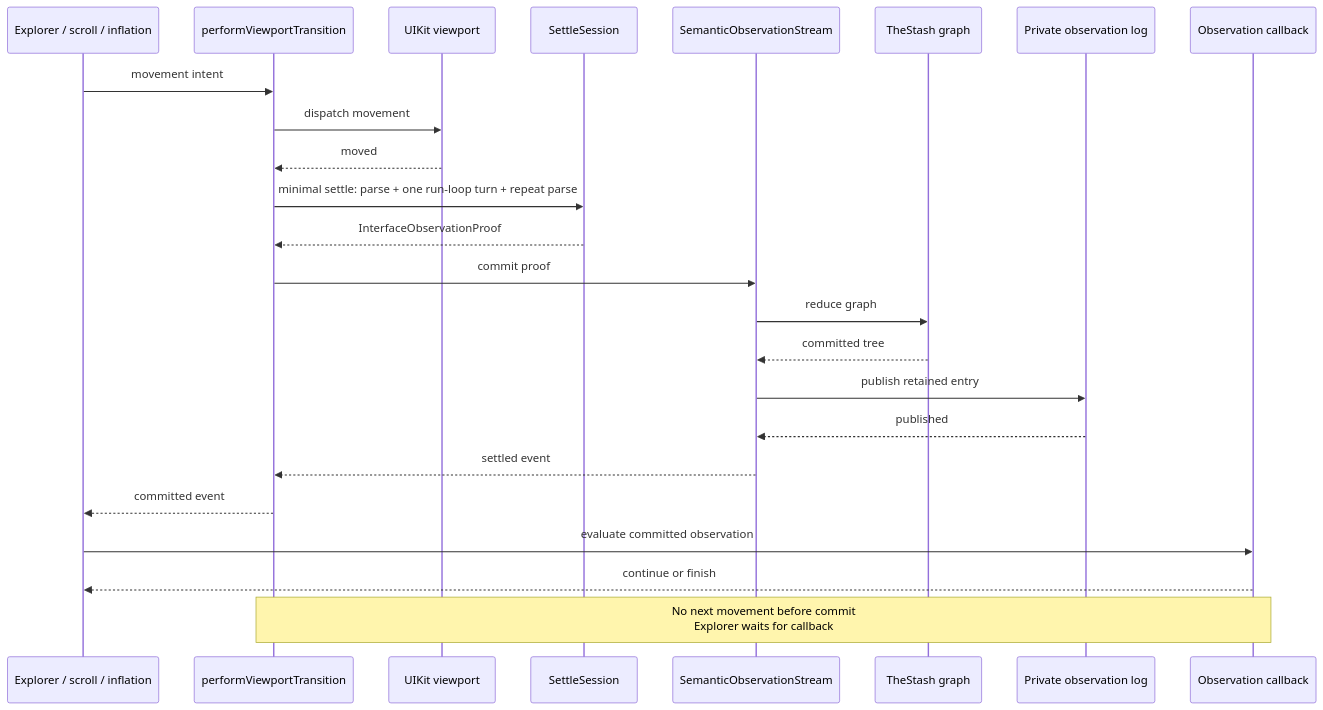
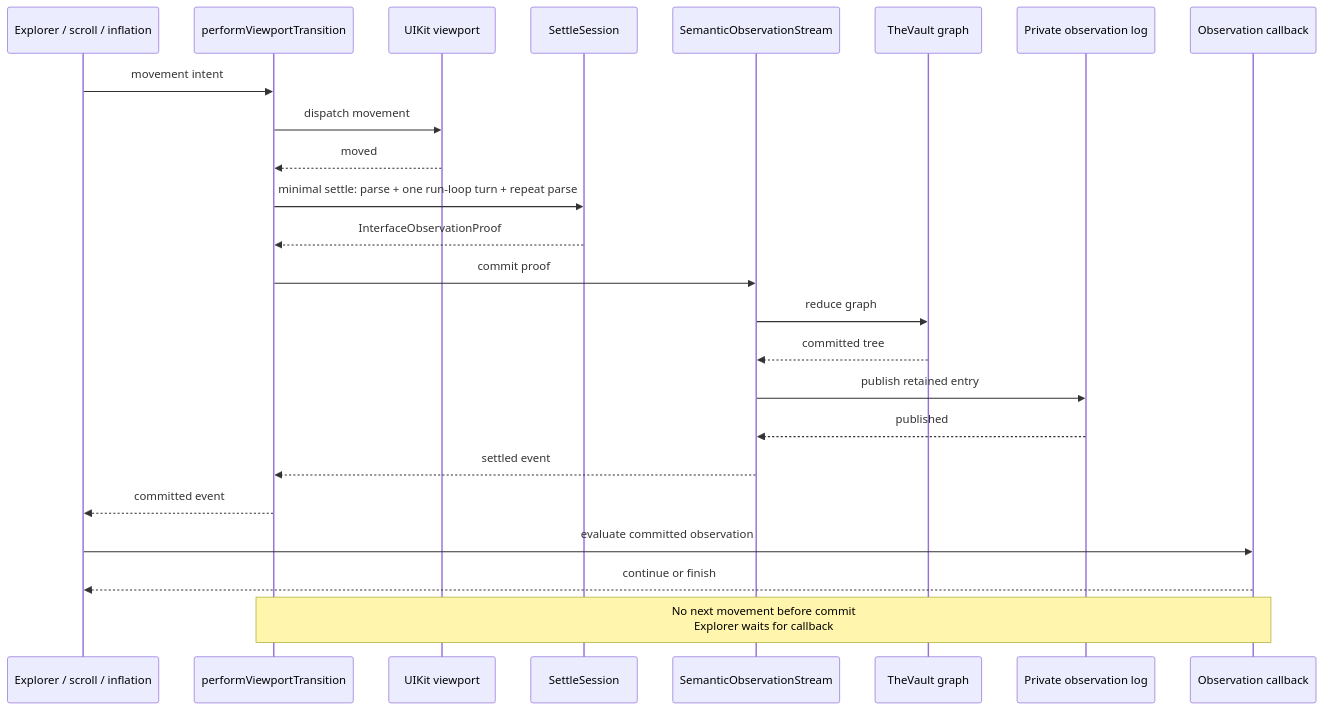
One commit to RoyalPineapple/TheButtonHeist changed the second of 5 diagrams in docs/diagrams/observation-pipeline.md. Above: the diagram before and after it, drawn with Mermaid. The commit also changed other lines of this file and 272 other files, not shown here.

First line of the commit message:
Consolidate runtime ownership and observation flow (#1357)

````diff
--- a/docs/diagrams/observation-pipeline.md
+++ b/docs/diagrams/observation-pipeline.md
@@ -80,27 +97,27 @@
 ```mermaid
 sequenceDiagram
     participant Caller as Explorer / scroll / inflation
     participant Transition as performViewportTransition
     participant UIKit as UIKit viewport
     participant Settle as SettleSession
     participant Stream as SemanticObservationStream
-    participant Graph as TheStash graph
+    participant Graph as TheVault graph
     participant Log as Private observation log
     participant Callback as Observation callback
 
     Caller->>Transition: movement intent
     Transition->>UIKit: dispatch movement
     UIKit-->>Transition: moved
     Transition->>Settle: minimal settle: parse + one run-loop turn + repeat parse
     Settle-->>Transition: InterfaceObservationProof
     Transition->>Stream: commit proof
     Stream->>Graph: reduce graph
     Graph-->>Stream: committed tree
     Stream->>Log: publish retained entry
     Log-->>Stream: published
     Stream-->>Transition: settled event
     Transition-->>Caller: committed event
     Caller->>Callback: evaluate committed observation
     Callback-->>Caller: continue or finish
     Note over Transition,Callback: No next movement before commit<br/>Explorer waits for callback
 ```
````
